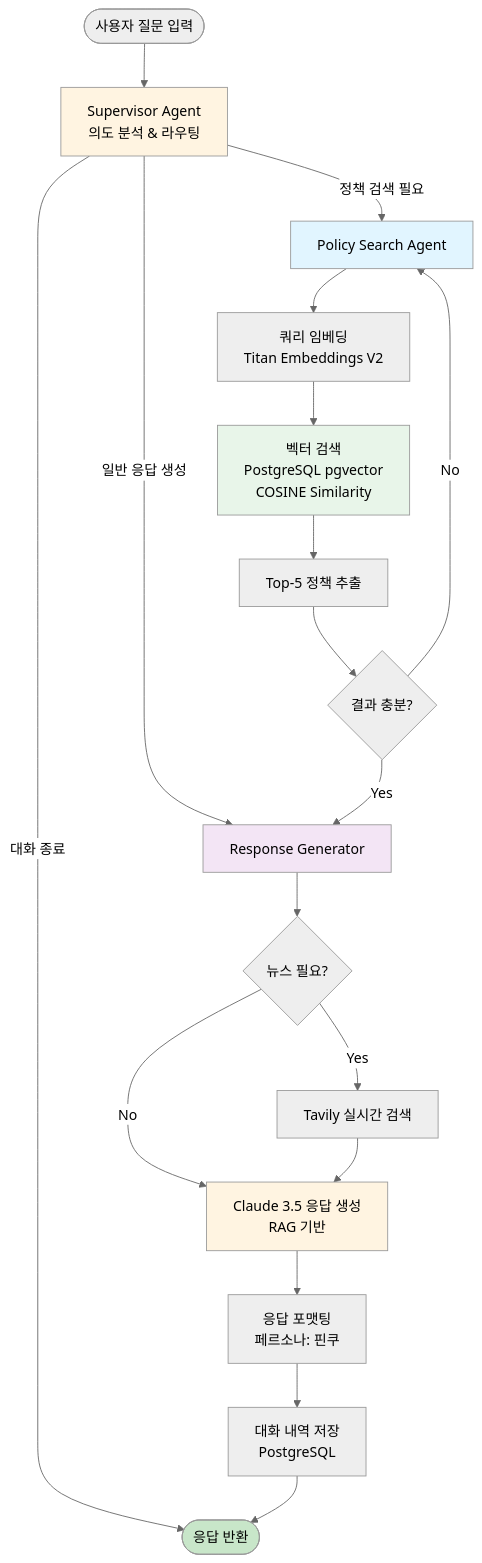
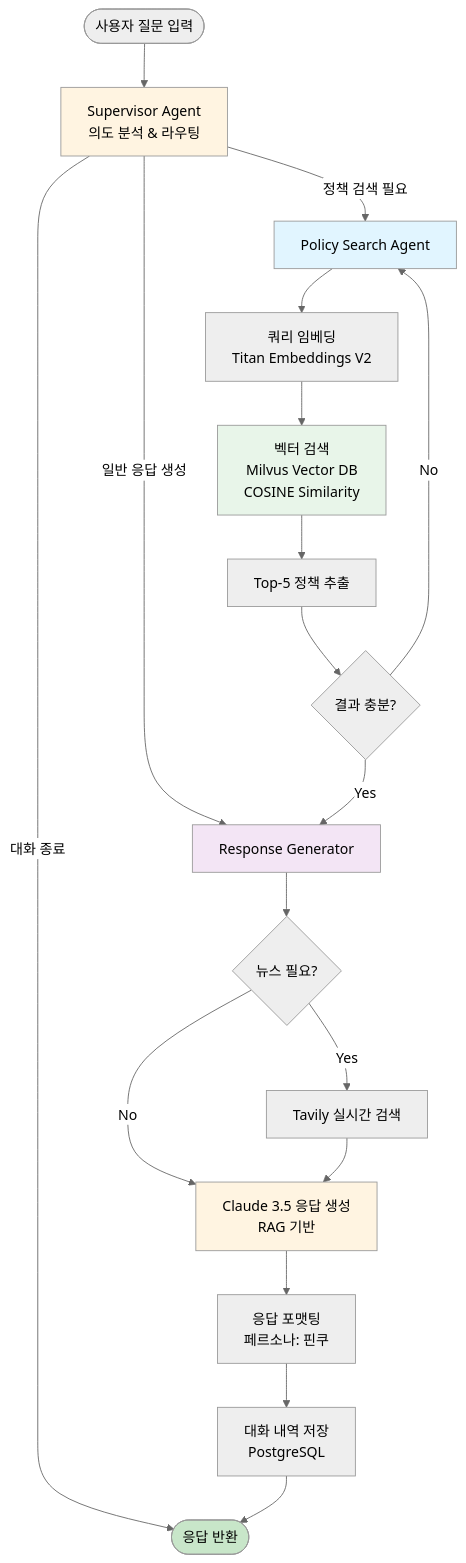
One commit to 1282saa/ssaacc changed the third of 3 diagrams in README.md. Above: the diagram before and after it, drawn with Mermaid (neutral theme). The commit also changed other lines of this file and 1 other file, not shown here.

First line of the commit message:
docs: Unify vector DB to Milvus and add 4 architecture diagrams for proposal

````diff
--- a/README.md
+++ b/README.md
@@ -312,33 +324,33 @@
 ```mermaid
 graph TD
     Start([사용자 질문 입력]) --> SupervisorNode[Supervisor Agent<br/>의도 분석 & 라우팅]
 
     SupervisorNode -->|정책 검색 필요| PolicySearchNode[Policy Search Agent]
     SupervisorNode -->|일반 응답 생성| ResponseGenNode[Response Generator]
     SupervisorNode -->|대화 종료| End([응답 반환])
 
     PolicySearchNode --> EmbedQuery[쿼리 임베딩<br/>Titan Embeddings V2]
-    EmbedQuery --> VectorSearch[벡터 검색<br/>PostgreSQL pgvector<br/>COSINE Similarity]
+    EmbedQuery --> VectorSearch[벡터 검색<br/>Milvus Vector DB<br/>COSINE Similarity]
     VectorSearch --> Top5Policies[Top-5 정책 추출]
 
     Top5Policies --> RefineResults{결과 충분?}
     RefineResults -->|No| PolicySearchNode
     RefineResults -->|Yes| ResponseGenNode
 
     ResponseGenNode --> CheckNewsNeed{뉴스 필요?}
     CheckNewsNeed -->|Yes| TavilySearch[Tavily 실시간 검색]
     CheckNewsNeed -->|No| GenerateResponse[Claude 3.5 응답 생성<br/>RAG 기반]
 
     TavilySearch --> GenerateResponse
     GenerateResponse --> FormatResponse[응답 포맷팅<br/>페르소나: 핀쿠]
 
     FormatResponse --> SaveToChat[대화 내역 저장<br/>PostgreSQL]
     SaveToChat --> End
 
     style SupervisorNode fill:#fff4e1
     style PolicySearchNode fill:#e1f5ff
     style ResponseGenNode fill:#f3e5f5
     style VectorSearch fill:#e8f5e9
     style GenerateResponse fill:#fff4e1
     style End fill:#c8e6c9
 ```
````
